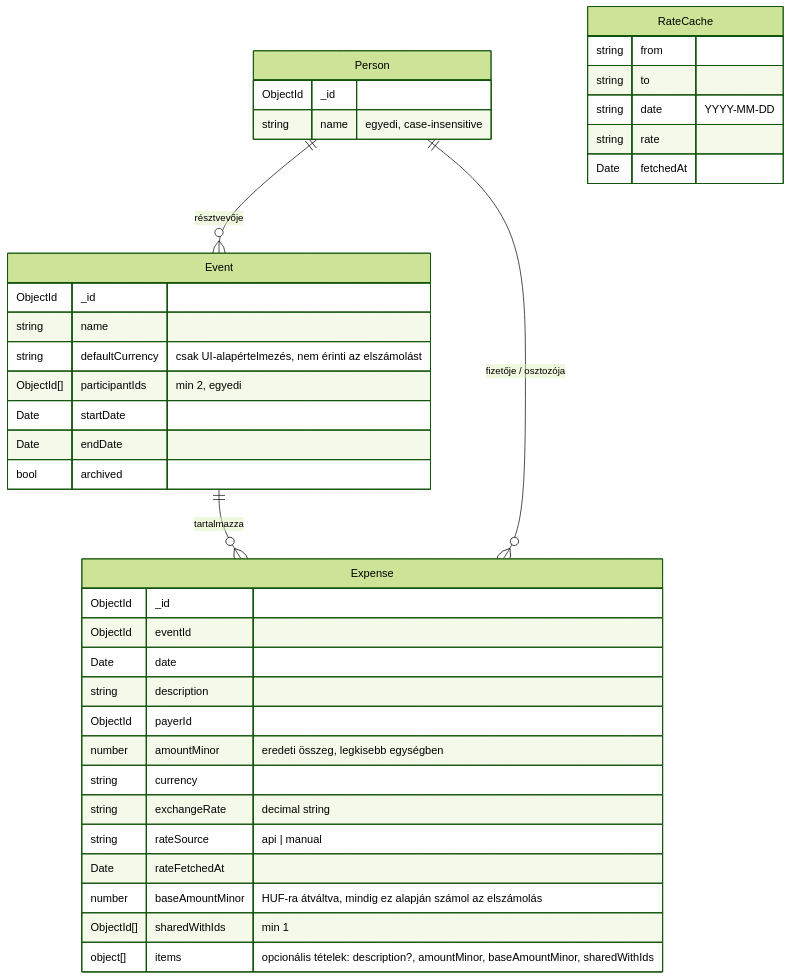
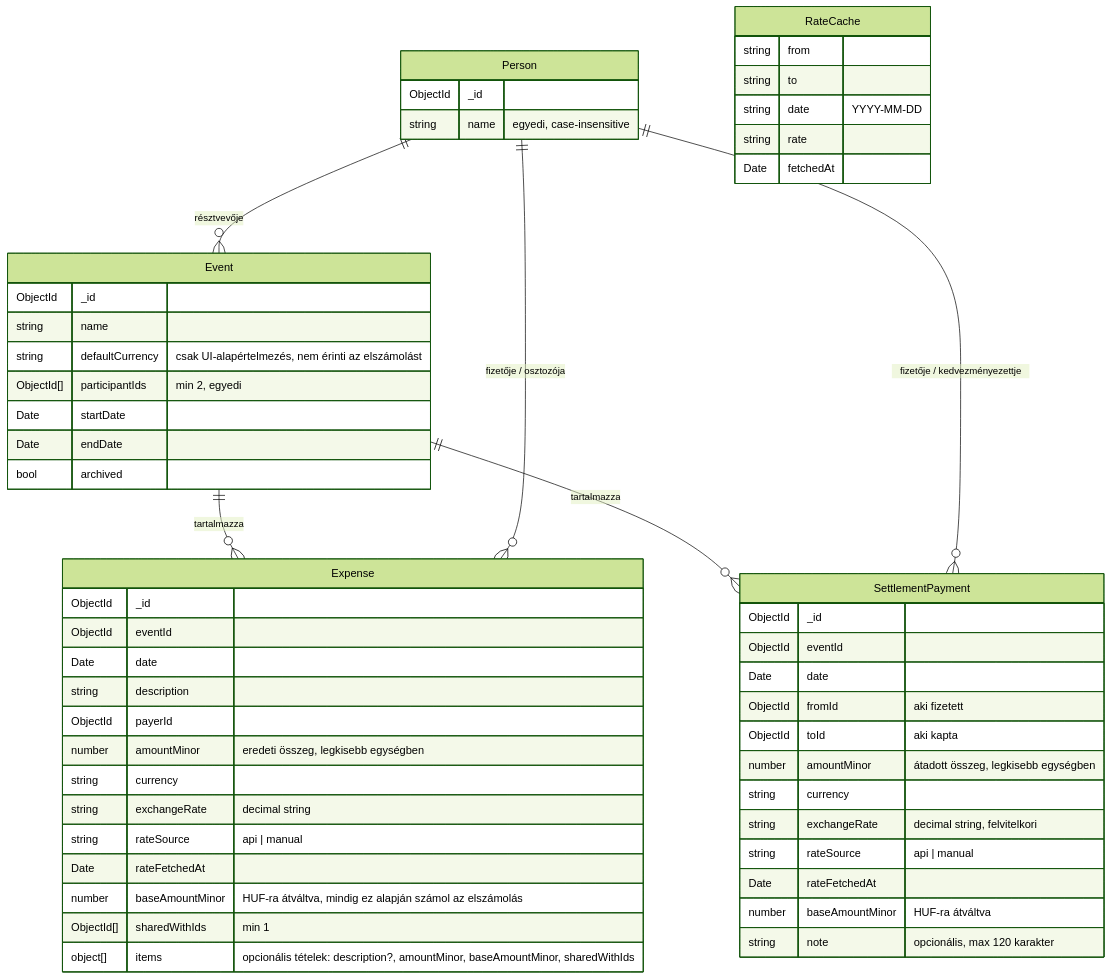
One commit to SunyiUborka/penny changed the second of 4 diagrams in docs/ARCHITECTURE.md. Above: the diagram before and after it, drawn with Mermaid (forest theme). The commit also changed other lines of this file and 31 other files, not shown here.

````diff
--- a/docs/ARCHITECTURE.md
+++ b/docs/ARCHITECTURE.md
@@ -94,41 +94,57 @@
 ```mermaid
 erDiagram
     Person {
         ObjectId _id
         string name "egyedi, case-insensitive"
     }
     Event {
         ObjectId _id
         string name
         string defaultCurrency "csak UI-alapértelmezés, nem érinti az elszámolást"
         ObjectId[] participantIds "min 2, egyedi"
         Date startDate
         Date endDate
         bool archived
     }
     Expense {
         ObjectId _id
         ObjectId eventId
         Date date
         string description
         ObjectId payerId
         number amountMinor "eredeti összeg, legkisebb egységben"
         string currency
         string exchangeRate "decimal string"
         string rateSource "api | manual"
         Date rateFetchedAt
         number baseAmountMinor "HUF-ra átváltva, mindig ez alapján számol az elszámolás"
         ObjectId[] sharedWithIds "min 1"
         object[] items "opcionális tételek: description?, amountMinor, baseAmountMinor, sharedWithIds"
     }
+    SettlementPayment {
+        ObjectId _id
+        ObjectId eventId
+        Date date
+        ObjectId fromId "aki fizetett"
+        ObjectId toId "aki kapta"
+        number amountMinor "átadott összeg, legkisebb egységben"
+        string currency
+        string exchangeRate "decimal string, felvitelkori"
+        string rateSource "api | manual"
+        Date rateFetchedAt
+        number baseAmountMinor "HUF-ra átváltva"
+        string note "opcionális, max 120 karakter"
+    }
     RateCache {
         string from
         string to
         string date "YYYY-MM-DD"
         string rate
         Date fetchedAt
     }
     Event ||--o{ Expense : "tartalmazza"
+    Event ||--o{ SettlementPayment : "tartalmazza"
     Person ||--o{ Event : "résztvevője"
     Person ||--o{ Expense : "fizetője / osztozója"
+    Person ||--o{ SettlementPayment : "fizetője / kedvezményezettje"
 ```
````
